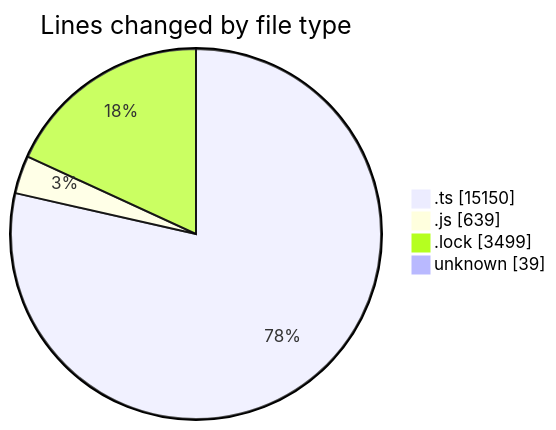
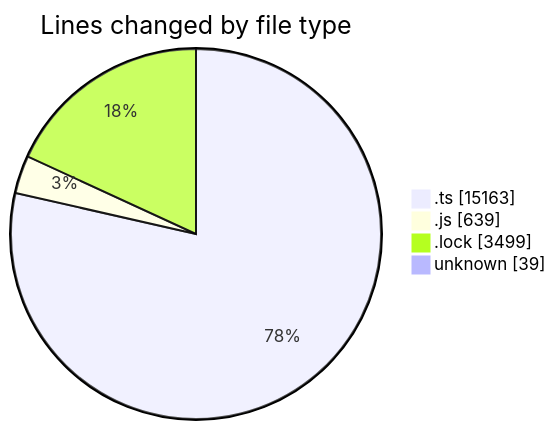
Before and after one commit to momahboobian/code-tracking: the first of 2 diagrams in 2025-05-20/cda/README.md, drawn with Mermaid. The commit also changed other lines of this file and 1 other file, not shown here.

````diff
--- a/2025-05-20/cda/README.md
+++ b/2025-05-20/cda/README.md
@@ -31,8 +31,8 @@
 ```mermaid
 pie showData
 title Lines changed by file type
-".ts" : 15150
+".ts" : 15163
 ".js" : 639
 ".lock" : 3499
 "unknown" : 39
 ```
````
